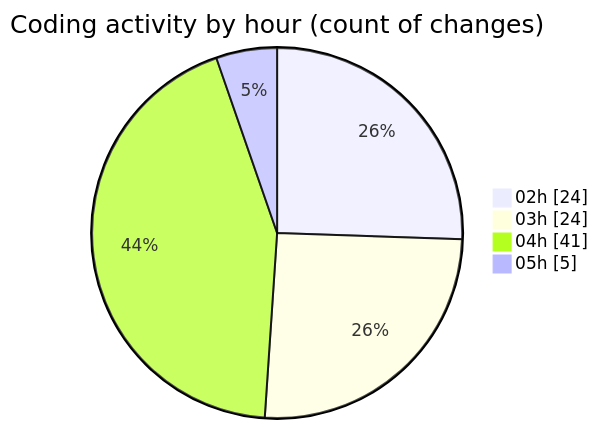
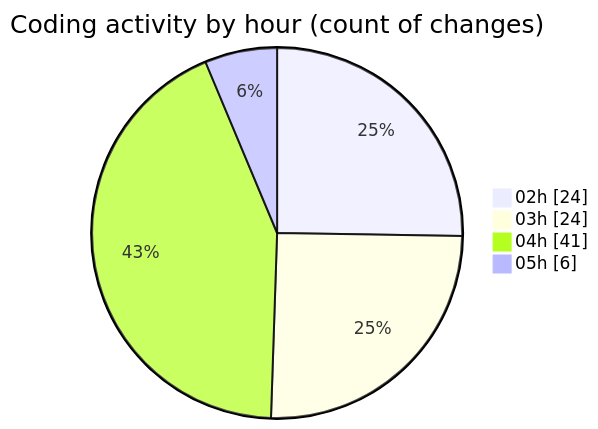
Before and after one commit to lephambinh05/code-tracking: the second of 2 diagrams in 2025-07-23/quanlyrapchieuphim/README.md, drawn with Mermaid. The commit also changed other lines of this file and 1 other file, not shown here.

````diff
--- a/2025-07-23/quanlyrapchieuphim/README.md
+++ b/2025-07-23/quanlyrapchieuphim/README.md
@@ -38,8 +38,8 @@
 ```mermaid
 pie showData
 title Coding activity by hour (count of changes)
 "02h" : 24
 "03h" : 24
 "04h" : 41
-"05h" : 5
+"05h" : 6
 ```
````
